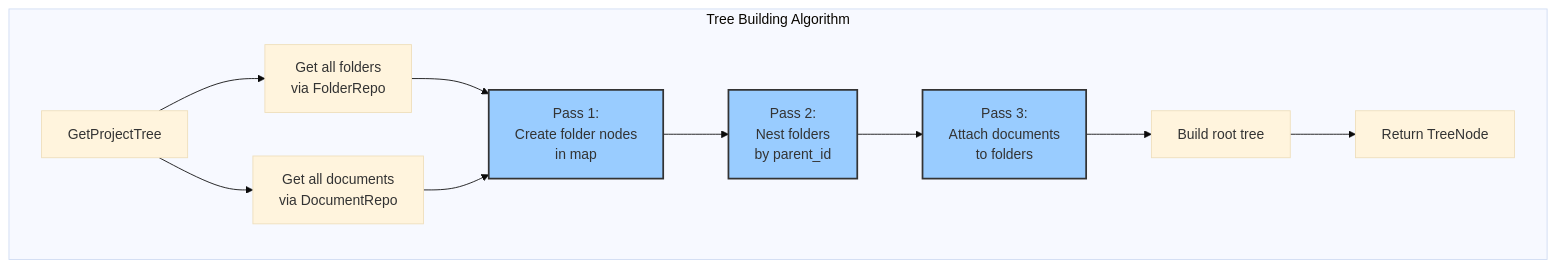
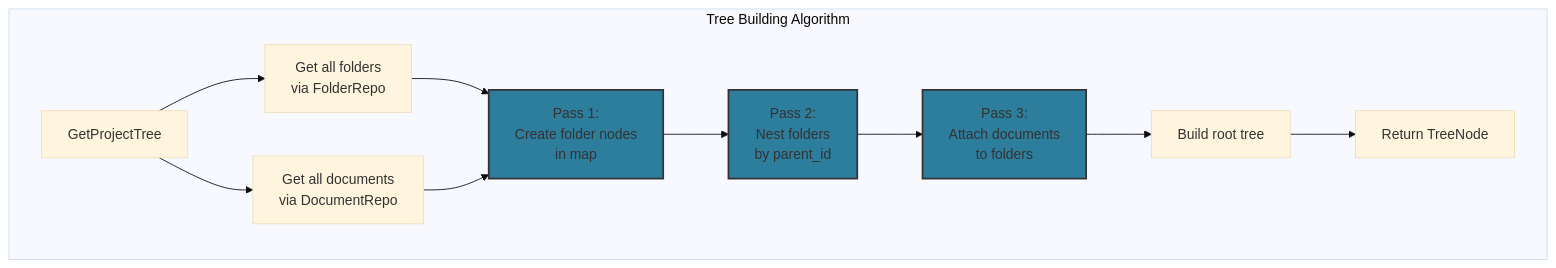
Before and after one commit to haowjy/meridian: the ninth of 13 diagrams in _docs/technical/backend/clean-architecture-guide.md, drawn with Mermaid (base theme). The commit also changed other lines of this file and 40 other files, not shown here.

````diff
--- a/_docs/technical/backend/clean-architecture-guide.md
+++ b/_docs/technical/backend/clean-architecture-guide.md
@@ -495,18 +495,18 @@
 ```mermaid
 graph TB
     subgraph "Tree Building Algorithm"
         Start[GetProjectTree]
         Start --> Step1[Get all folders<br/>via FolderRepo]
         Start --> Step2[Get all documents<br/>via DocumentRepo]
 
         Step1 & Step2 --> Pass1[Pass 1:<br/>Create folder nodes<br/>in map]
         Pass1 --> Pass2[Pass 2:<br/>Nest folders<br/>by parent_id]
         Pass2 --> Pass3[Pass 3:<br/>Attach documents<br/>to folders]
         Pass3 --> Build[Build root tree]
         Build --> Return[Return TreeNode]
     end
 
-    style Pass1 fill:#9cf,stroke:#333,stroke-width:2px
-    style Pass2 fill:#9cf,stroke:#333,stroke-width:2px
-    style Pass3 fill:#9cf,stroke:#333,stroke-width:2px
+    style Pass1 fill:#2d7d9d,stroke:#333,stroke-width:2px
+    style Pass2 fill:#2d7d9d,stroke:#333,stroke-width:2px
+    style Pass3 fill:#2d7d9d,stroke:#333,stroke-width:2px
 ```
````
